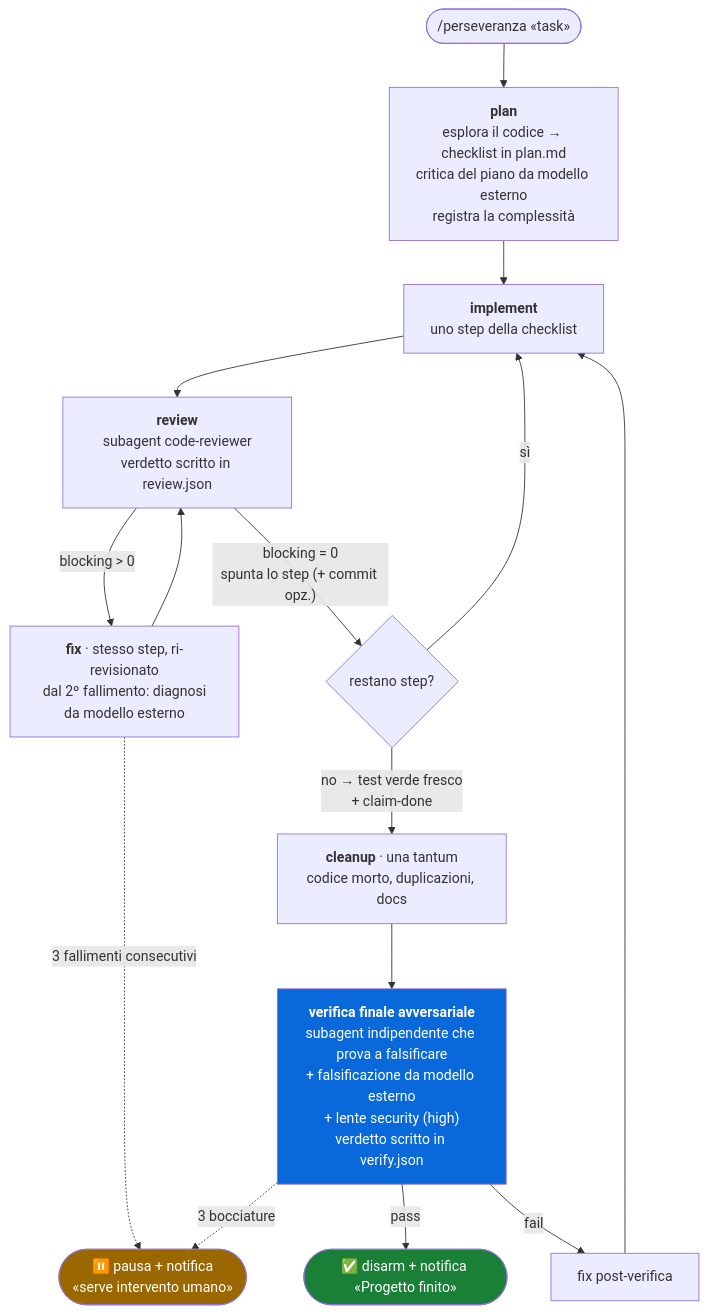
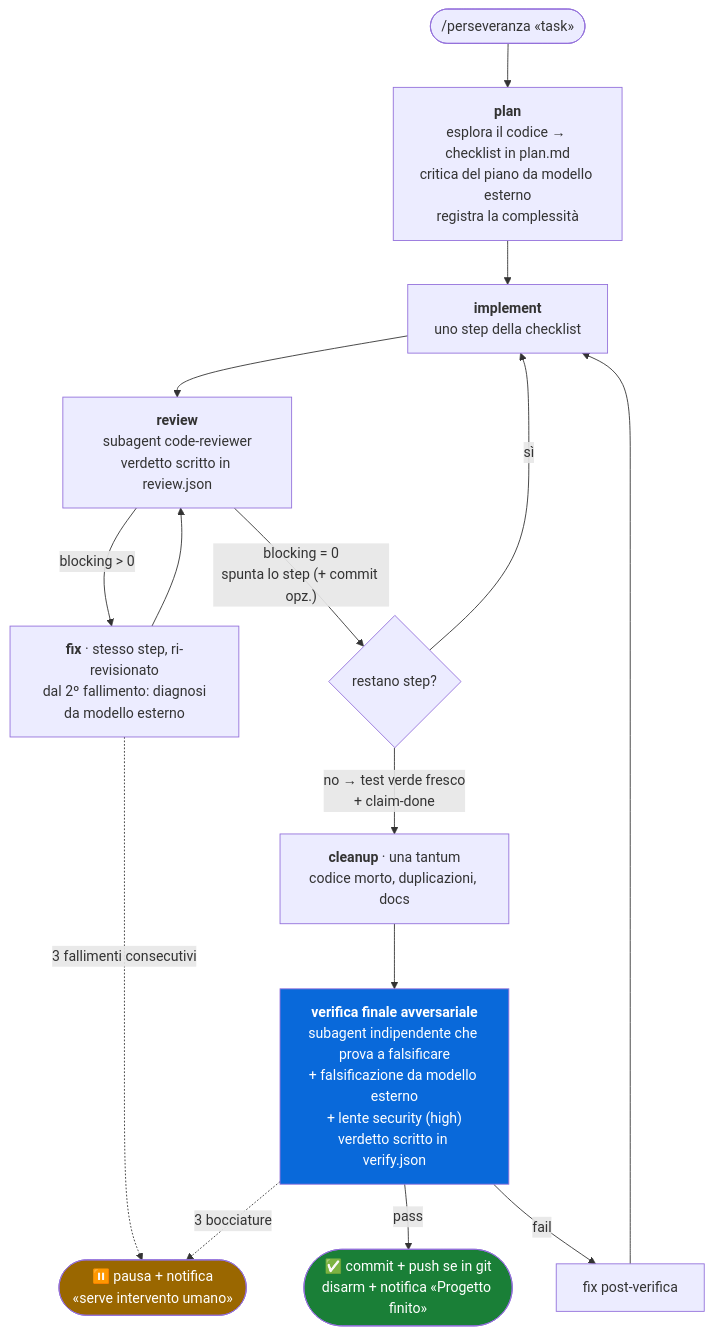
Before and after one commit to ilmondovero/perseveranza: the diagram in README.md, drawn with Mermaid. The commit also changed other lines of this file and 4 other files, not shown here.

First line of the commit message:
v1.4.0: commit+push automatico a fine progetto

````diff
--- a/README.md
+++ b/README.md
@@ -22,22 +22,22 @@
 ```mermaid
 flowchart TD
     START(["/perseveranza «task»"]) --> PLAN
     PLAN["<b>plan</b><br/>esplora il codice → checklist in plan.md<br/>critica del piano da modello esterno<br/>registra la complessità"] --> IMPL
     IMPL["<b>implement</b><br/>uno step della checklist"] --> REV
     REV["<b>review</b><br/>subagent code-reviewer<br/>verdetto scritto in review.json"] -- "blocking > 0" --> FIX
     FIX["<b>fix</b> · stesso step, ri-revisionato<br/>dal 2º fallimento: diagnosi<br/>da modello esterno"] --> REV
     REV -- "blocking = 0<br/>spunta lo step (+ commit opz.)" --> NEXT{"restano step?"}
     NEXT -- "sì" --> IMPL
     NEXT -- "no → test verde fresco<br/>+ claim-done" --> CLEAN
     CLEAN["<b>cleanup</b> · una tantum<br/>codice morto, duplicazioni, docs"] --> VERIFY
     VERIFY["<b>verifica finale avversariale</b><br/>subagent indipendente che prova a falsificare<br/>+ falsificazione da modello esterno<br/>+ lente security (high)<br/>verdetto scritto in verify.json"] -- "pass" --> DONE
     VERIFY -- "fail" --> POSTFIX["fix post-verifica"] --> IMPL
     FIX -. "3 fallimenti consecutivi" .-> PAUSE
     VERIFY -. "3 bocciature" .-> PAUSE
-    DONE(["✅ disarm + notifica «Progetto finito»"])
+    DONE(["✅ commit + push se in git<br/>disarm + notifica «Progetto finito»"])
     PAUSE(["⏸️ pausa + notifica<br/>«serve intervento umano»"])
 
     style DONE fill:#1a7f37,color:#fff
     style PAUSE fill:#9a6700,color:#fff
     style VERIFY fill:#0969da,color:#fff
 ```
````
